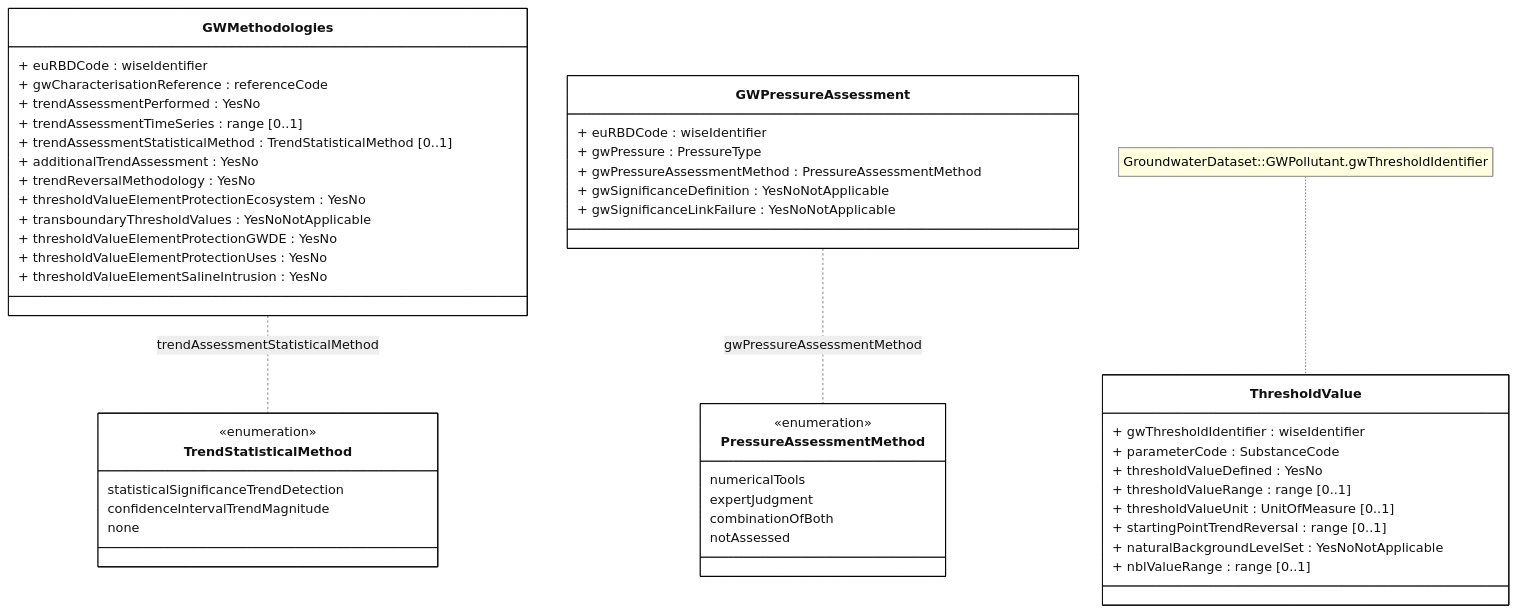
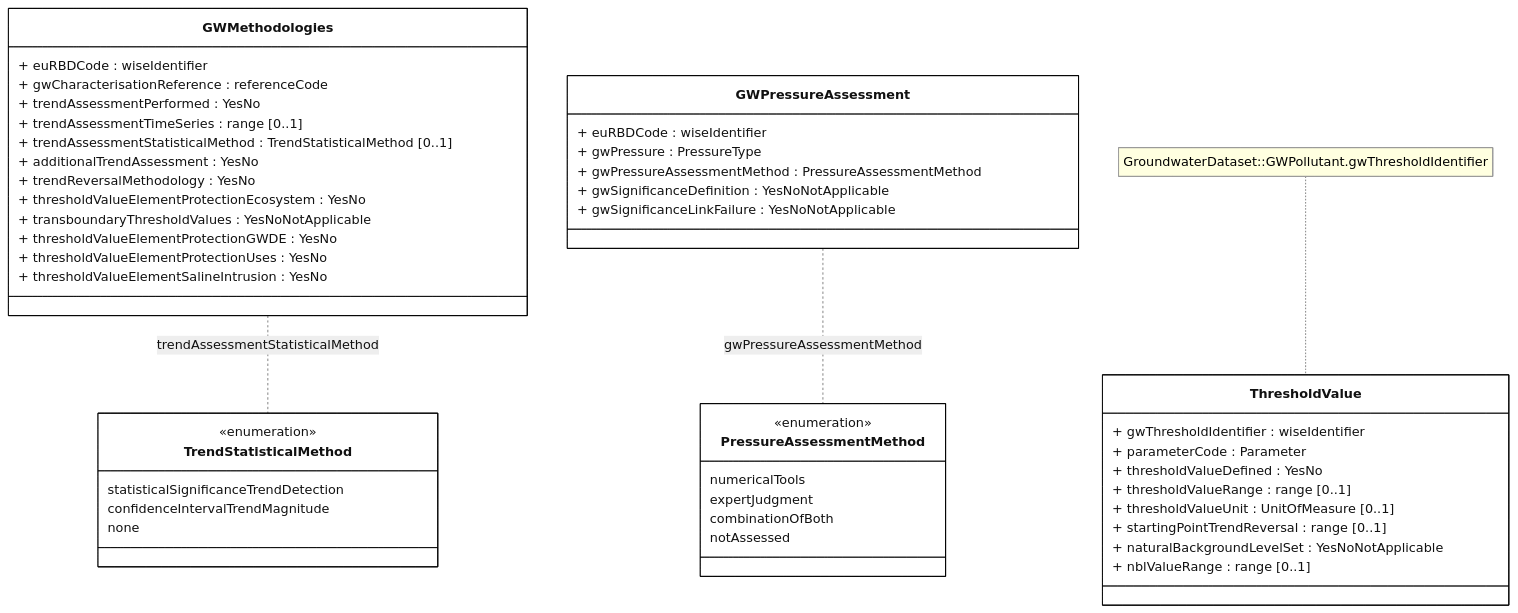
One commit to eeadata/WISE.WFD.Documentation changed the diagram in docs/DataModelReview/mmd/GroundwaterMethodologies_4thCycle_ClassDiagram.mmd. Above: the diagram before and after it, drawn with Mermaid. The commit also changed 5 other files, not shown here.

```diff
--- a/docs/DataModelReview/mmd/GroundwaterMethodologies_4thCycle_ClassDiagram.mmd
+++ b/docs/DataModelReview/mmd/GroundwaterMethodologies_4thCycle_ClassDiagram.mmd
@@ -1,68 +1,68 @@
 ---
 config:
   class:
     hideEmptyMembersBox: true
   layout: dagre
   theme: neutral
   themeVariables:
     noteBkgColor: LightYellow
     noteTextColor: black 
 ---
 classDiagram
 
 class GWMethodologies {
   + euRBDCode : wiseIdentifier
   + gwCharacterisationReference : referenceCode
   + trendAssessmentPerformed : YesNo
   + trendAssessmentTimeSeries : range [0..1]
   + trendAssessmentStatisticalMethod : TrendStatisticalMethod [0..1]
   + additionalTrendAssessment : YesNo
   + trendReversalMethodology : YesNo
   + thresholdValueElementProtectionEcosystem : YesNo
   + transboundaryThresholdValues : YesNoNotApplicable
   + thresholdValueElementProtectionGWDE : YesNo
   + thresholdValueElementProtectionUses : YesNo
   + thresholdValueElementSalineIntrusion : YesNo
 }
 
 class GWPressureAssessment{
   + euRBDCode : wiseIdentifier
   + gwPressure : PressureType
   + gwPressureAssessmentMethod : PressureAssessmentMethod
   + gwSignificanceDefinition : YesNoNotApplicable
   + gwSignificanceLinkFailure : YesNoNotApplicable
 }
 
 class ThresholdValue{
   + gwThresholdIdentifier : wiseIdentifier
-  + parameterCode : SubstanceCode
+  + parameterCode : Parameter
   + thresholdValueDefined : YesNo
   + thresholdValueRange : range [0..1]
   + thresholdValueUnit : UnitOfMeasure [0..1]
   + startingPointTrendReversal : range [0..1]
   + naturalBackgroundLevelSet : YesNoNotApplicable
   + nblValueRange : range  [0..1] 
 }
 
 class PressureAssessmentMethod{
 <<enumeration>>
 numericalTools
 expertJudgment
 combinationOfBoth
 notAssessed 
 }
 
 class TrendStatisticalMethod{
 <<enumeration>>
 statisticalSignificanceTrendDetection
 confidenceIntervalTrendMagnitude
 none
 }
 
 GWPressureAssessment .. PressureAssessmentMethod : gwPressureAssessmentMethod
 GWMethodologies .. TrendStatisticalMethod : trendAssessmentStatisticalMethod
 
 note for ThresholdValue "GroundwaterDataset::GWPollutant.gwThresholdIdentifier"
 
 classDef default fill:white,stroke:#000;
 classDef forFixing fill:white,stroke:#f00;
```
